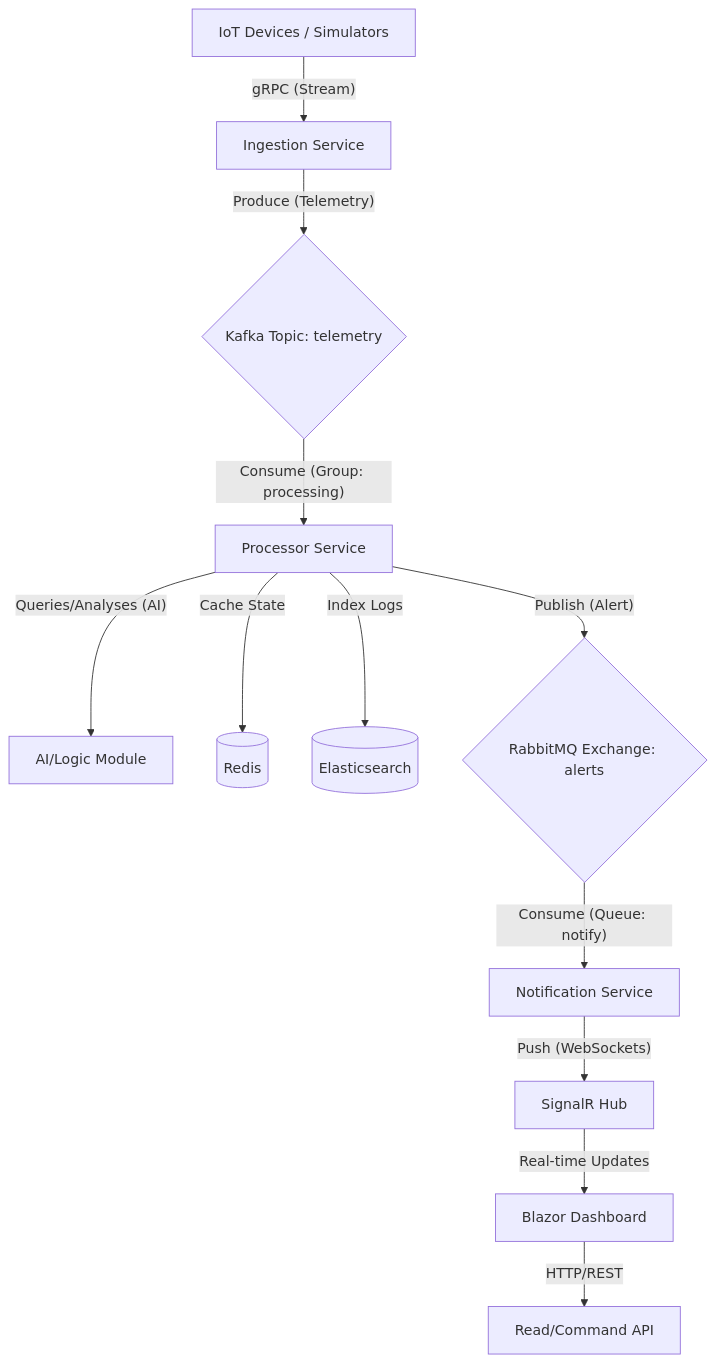
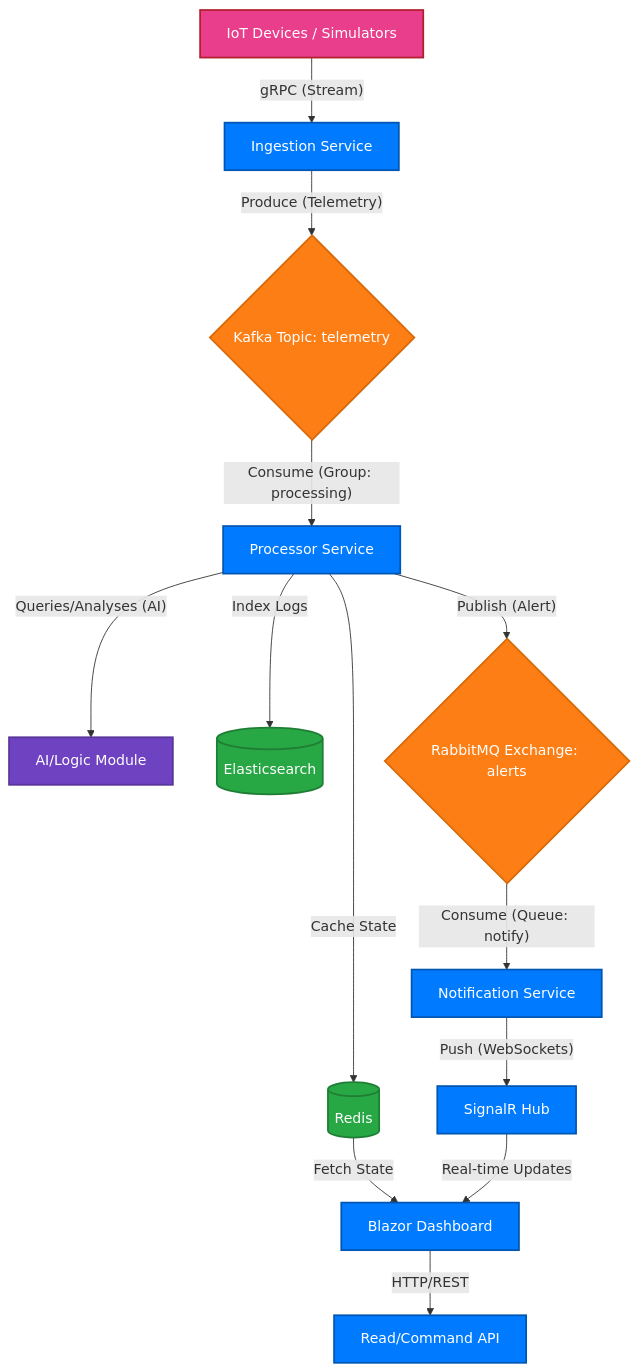
One commit to kahramanbayraktar/NexusSentinelNet8 changed the diagram in docs/architecture.md. Above: the diagram before and after it, drawn with Mermaid. The commit also changed other lines of this file and 26 other files, not shown here.

First line of the commit message:
refactor(dashboard): remove signalr integration and optimize redis handling

````diff
--- a/docs/architecture.md
+++ b/docs/architecture.md
@@ -35,27 +35,41 @@
 ```mermaid
 graph TD
     %% Clients
     IOT[IoT Devices / Simulators] -- gRPC (Stream) --> INGEST[Ingestion Service]
     
     %% Ingestion Layer
     INGEST -- "Produce (Telemetry)" --> KAFKA{Kafka Topic: telemetry}
     
     %% Processing Layer
     KAFKA -- "Consume (Group: processing)" --> PROC[Processor Service]
     PROC -- "Queries/Analyses (AI)" --> AI_MOD[AI/Logic Module]
     
     %% Data Persistence & Caching
     PROC -- "Cache State" --> REDIS[(Redis)]
     PROC -- "Index Logs" --> ELASTIC[(Elasticsearch)]
     
     %% alerting Path (Critical)
     PROC -- "Publish (Alert)" --> RMQ{RabbitMQ Exchange: alerts}
     
     %% Notification Layer
     RMQ -- "Consume (Queue: notify)" --> NOTIFY[Notification Service]
     NOTIFY -- "Push (WebSockets)" --> SIGNALR[SignalR Hub]
     
     %% Frontend
-    SIGNALR -- "Real-time Updates" --> DASH[Blazor Dashboard]
+    REDIS -- "Fetch State" --> DASH[Blazor Dashboard]
+    SIGNALR -- "Real-time Updates" --> DASH
     DASH -- "HTTP/REST" --> API[Read/Command API]
+
+    %% Styles
+    classDef service fill:#007bff,color:#fff,stroke:#0056b3,stroke-width:2px
+    classDef broker fill:#fd7e14,color:#fff,stroke:#d66a0a,stroke-width:2px
+    classDef db fill:#28a745,color:#fff,stroke:#1e7e34,stroke-width:2px
+    classDef ai fill:#6f42c1,color:#fff,stroke:#59359a,stroke-width:2px
+    classDef client fill:#e83e8c,color:#fff,stroke:#b21f2d,stroke-width:2px
+
+    class INGEST,PROC,NOTIFY,SIGNALR,DASH,API service
+    class KAFKA,RMQ broker
+    class REDIS,ELASTIC db
+    class AI_MOD ai
+    class IOT client
 ```
````
